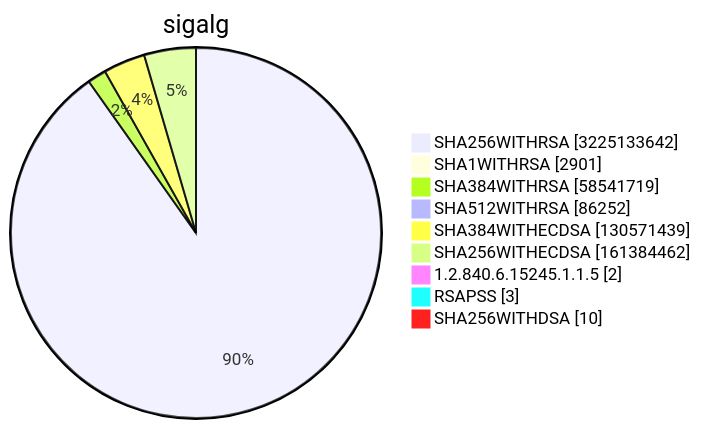
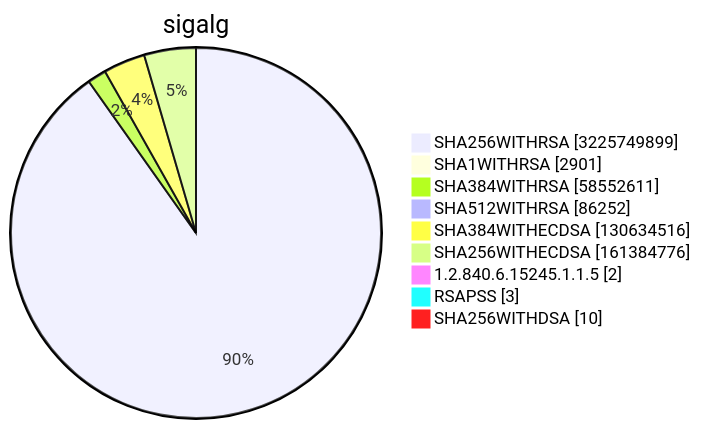
One commit to christiankrug/ctmonitor_visualization changed diagram 15 of 15 in TOTAL/README.md. Above: the diagram before and after it, drawn with Mermaid. The commit also changed other lines of this file, not shown here.

````diff
--- a/TOTAL/README.md
+++ b/TOTAL/README.md
@@ -6217,13 +6217,13 @@
 ```mermaid
 pie showData
 title sigalg
-"SHA256WITHRSA" :3225133642
+"SHA256WITHRSA" :3225749899
 "SHA1WITHRSA" :2901
-"SHA384WITHRSA" :58541719
+"SHA384WITHRSA" :58552611
 "SHA512WITHRSA" :86252
-"SHA384WITHECDSA" :130571439
-"SHA256WITHECDSA" :161384462
+"SHA384WITHECDSA" :130634516
+"SHA256WITHECDSA" :161384776
 "1.2.840.6.15245.1.1.5" :2
 "RSAPSS" :3
 "SHA256WITHDSA" :10
 ```
````
